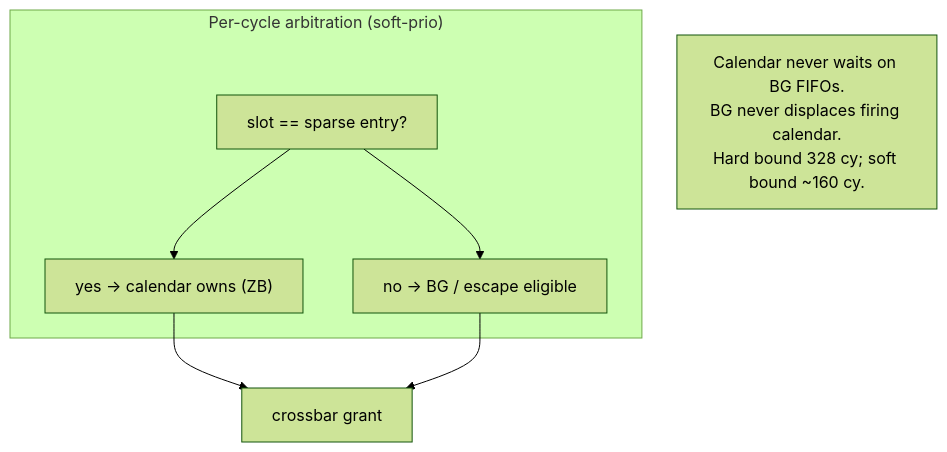
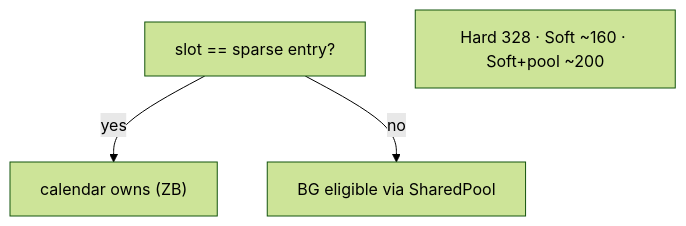
Before and after one commit to lukebest/booksim2: the fourth of 5 diagrams in docs/phase-3-uarch/uarch-diagram.md, drawn with Mermaid (forest theme). The commit also changed other lines of this file and 30 other files, not shown here.

First line of the commit message:
dse: Trial 4 Arch-A4 SharedPool-BG — area 0.822×

````diff
--- a/docs/phase-3-uarch/uarch-diagram.md
+++ b/docs/phase-3-uarch/uarch-diagram.md
@@ -61,13 +72,7 @@
 ```mermaid
 flowchart TB
-  subgraph tdm["Per-cycle arbitration (soft-prio)"]
-    MATCH["slot == sparse entry?"]
-    CALOWN["yes → calendar owns (ZB)"]
-    BGELIG["no → BG / escape eligible"]
-  end
-  MATCH --> CALOWN
-  MATCH --> BGELIG
-  CALOWN --> GRANT["crossbar grant"]
-  BGELIG --> GRANT
-  note["Calendar never waits on BG FIFOs.<br/>BG never displaces firing calendar.<br/>Hard bound 328 cy; soft bound ~160 cy."]
+  MATCH["slot == sparse entry?"]
+  MATCH -->|yes| CAL["calendar owns (ZB)"]
+  MATCH -->|no| BG["BG eligible via SharedPool"]
+  note["Hard 328 · Soft ~160 · Soft+pool ~200"]
 ```
````
